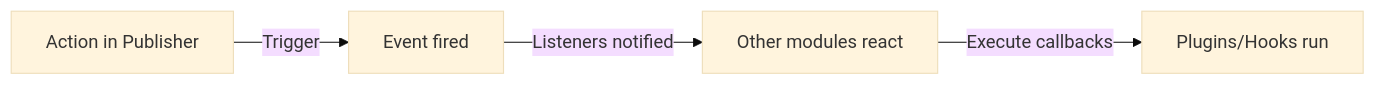
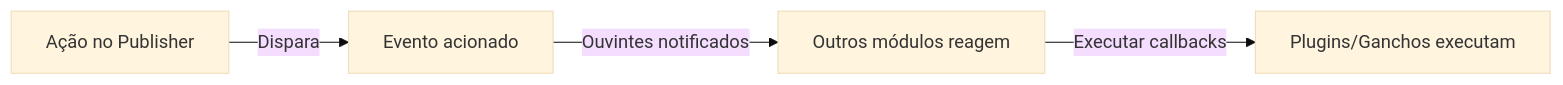
Before and after one commit to mambax7/xoops-docs: the diagram in apps/docs-27/src/content/docs/pt/modules/publisher/developer-guide/hooks-events.md, drawn with Mermaid (base theme). The commit also changed other lines of this file and 162 other files, not shown here.

````diff
--- a/apps/docs-27/src/content/docs/pt/modules/publisher/developer-guide/hooks-events.md
+++ b/apps/docs-27/src/content/docs/pt/modules/publisher/developer-guide/hooks-events.md
@@ -30,6 +30,6 @@
 ```mermaid
 graph LR
-    A[Action in Publisher] -->|Trigger| B[Event fired]
-    B -->|Listeners notified| C[Other modules react]
-    C -->|Execute callbacks| D[Plugins/Hooks run]
+    A[Ação no Publisher] -->|Dispara| B[Evento acionado]
+    B -->|Ouvintes notificados| C[Outros módulos reagem]
+    C -->|Executar callbacks| D[Plugins/Ganchos executam]
 ```
````
